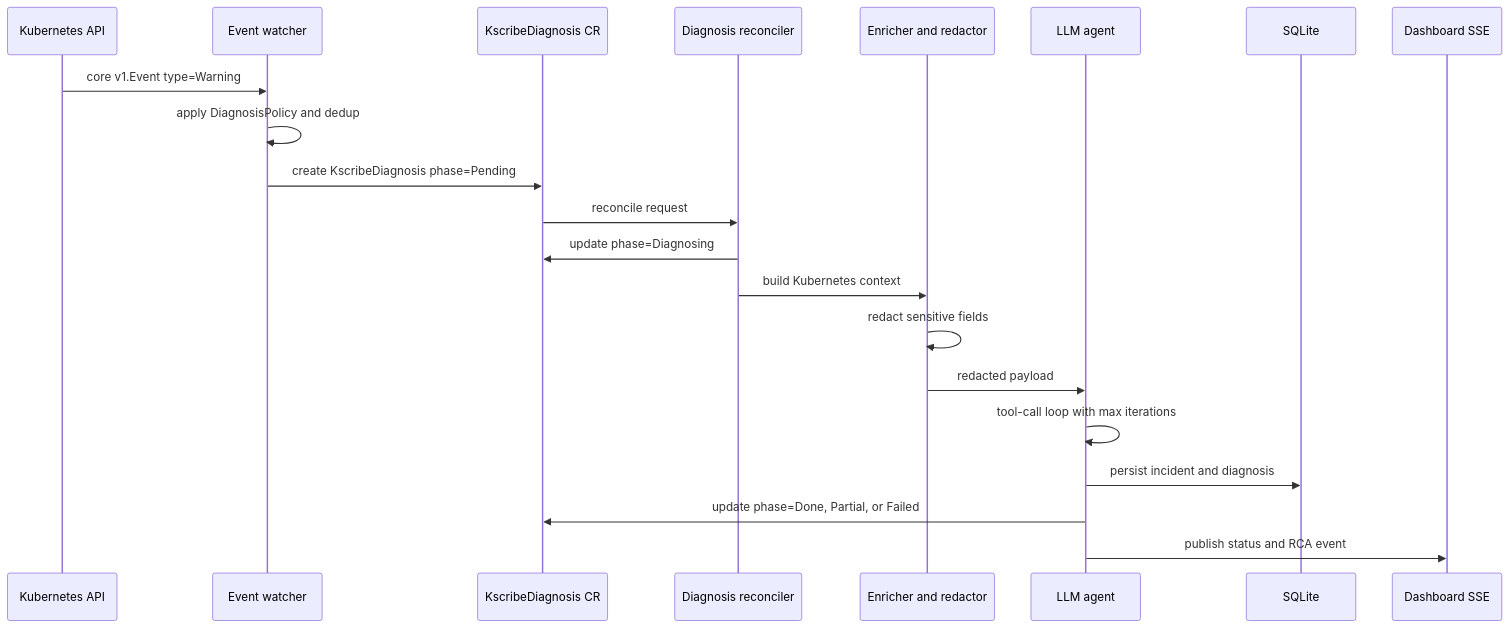
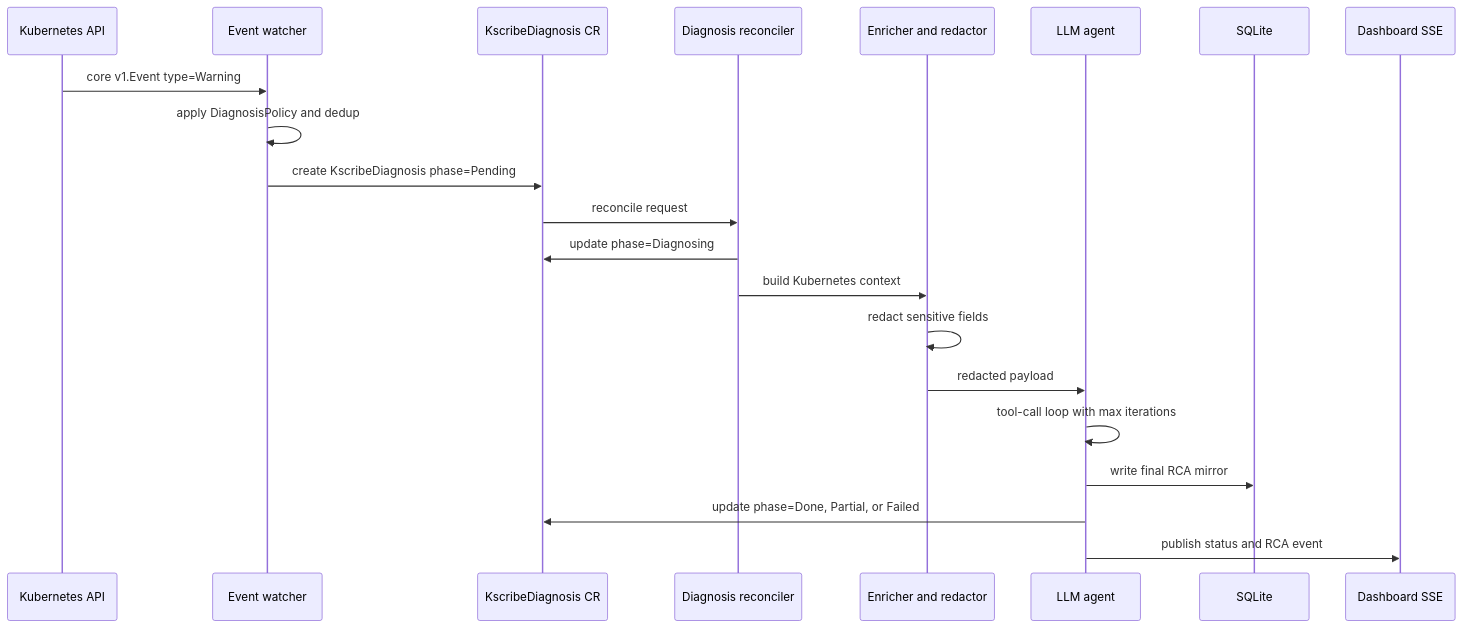
Before and after one commit to amjadjibon/kscribe: the second of 3 diagrams in docs/kscribe-mvp/PLAN.md, drawn with Mermaid. The commit also changed other lines of this file and 1 other file, not shown here.

````diff
--- a/docs/kscribe-mvp/PLAN.md
+++ b/docs/kscribe-mvp/PLAN.md
@@ -65,24 +66,24 @@
 ```mermaid
 sequenceDiagram
     participant K8s as Kubernetes API
     participant EW as Event watcher
     participant CR as KscribeDiagnosis CR
     participant DR as Diagnosis reconciler
     participant EN as Enricher and redactor
     participant AG as LLM agent
     participant DB as SQLite
     participant UI as Dashboard SSE
 
     K8s->>EW: core v1.Event type=Warning
     EW->>EW: apply DiagnosisPolicy and dedup
     EW->>CR: create KscribeDiagnosis phase=Pending
     CR->>DR: reconcile request
     DR->>CR: update phase=Diagnosing
     DR->>EN: build Kubernetes context
     EN->>EN: redact sensitive fields
     EN->>AG: redacted payload
     AG->>AG: tool-call loop with max iterations
-    AG->>DB: persist incident and diagnosis
+    AG->>DB: write final RCA mirror
     AG->>CR: update phase=Done, Partial, or Failed
     AG->>UI: publish status and RCA event
 ```
````
